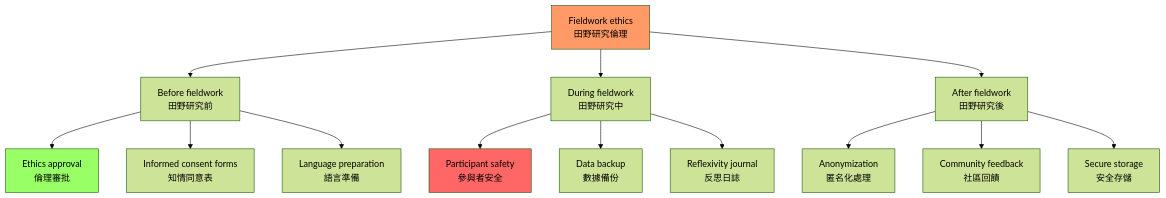
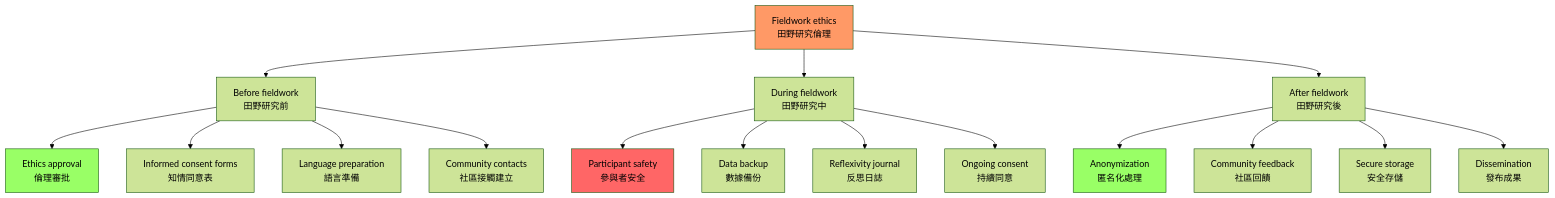
The third of 6 diagrams in 01_HKU_Courses/HIST4028_History_Without_Borders.md (yip-lgtm/HKU-Harvard-History-Self-Study), drawn with Mermaid (forest theme) before and after one commit. The commit also changed other lines of this file and 22 other files, not shown here.

````diff
--- a/01_HKU_Courses/HIST4028_History_Without_Borders.md
+++ b/01_HKU_Courses/HIST4028_History_Without_Borders.md
@@ -123,22 +208,26 @@
 ```mermaid
 flowchart TD
     A[Fieldwork ethics<br/>田野研究倫理] --> B[Before fieldwork<br/>田野研究前]
     A --> C[During fieldwork<br/>田野研究中]
     A --> D[After fieldwork<br/>田野研究後]
     
     B --> B1[Ethics approval<br/>倫理審批]
     B --> B2[Informed consent forms<br/>知情同意表]
     B --> B3[Language preparation<br/>語言準備]
+    B --> B4[Community contacts<br/>社區接觸建立]
     
     C --> C1[Participant safety<br/>參與者安全]
     C --> C2[Data backup<br/>數據備份]
     C --> C3[Reflexivity journal<br/>反思日誌]
+    C --> C4[Ongoing consent<br/>持續同意]
     
     D --> D1[Anonymization<br/>匿名化處理]
     D --> D2[Community feedback<br/>社區回饋]
     D --> D3[Secure storage<br/>安全存儲]
+    D --> D4[Dissemination<br/>發布成果]
     
     style A fill:#f96
     style B1 fill:#9f6
     style C1 fill:#f66
+    style D1 fill:#9f6
 ```
````
